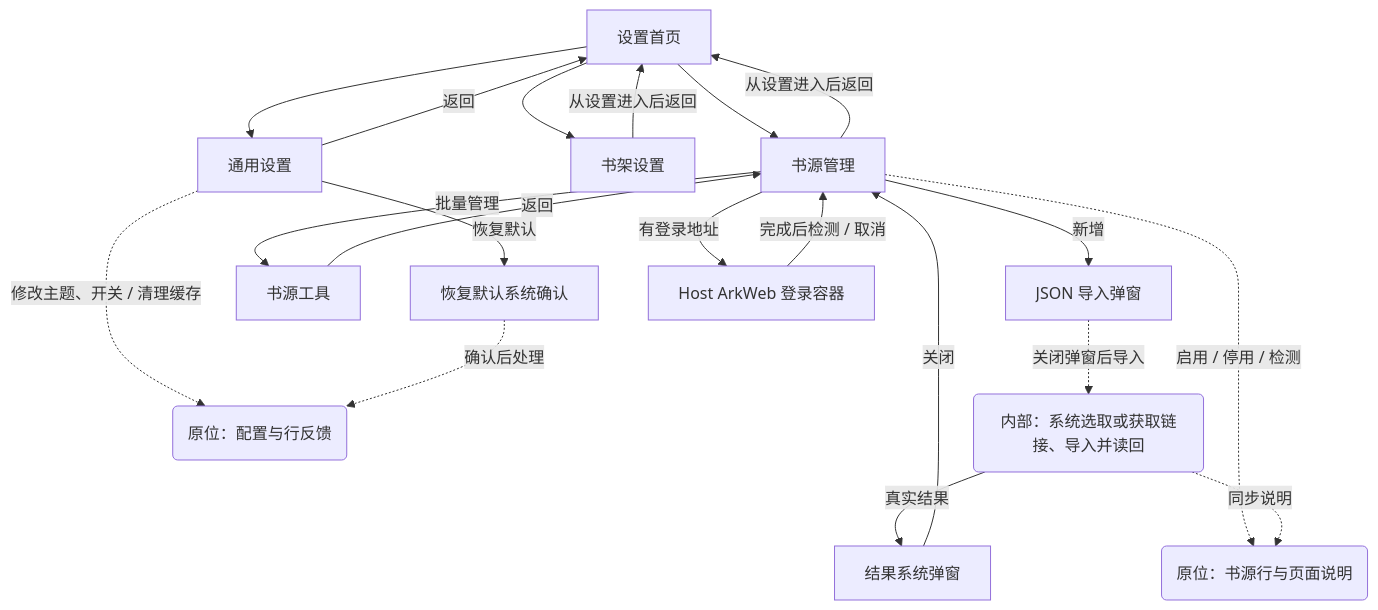
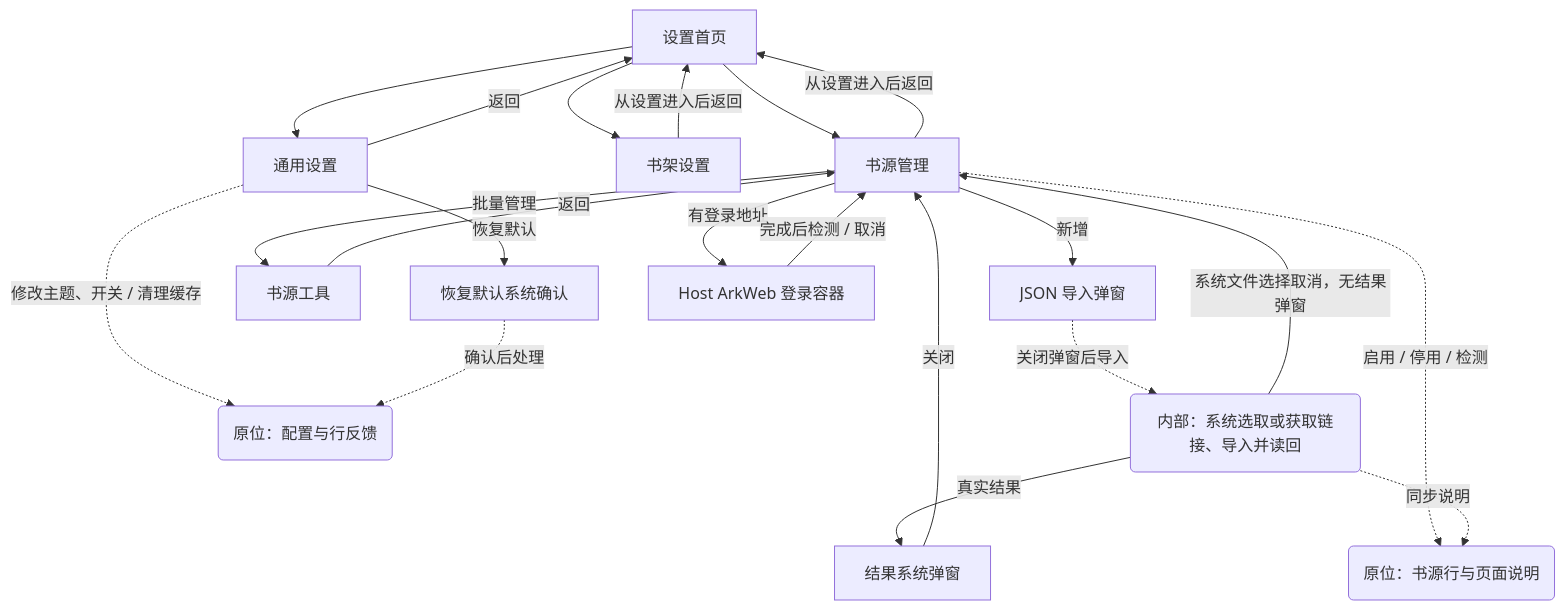
Before and after one commit to minliny/Reader-for-HarmonyOS: the sixth of 7 diagrams in docs/ui-design/app-baseline/LOGIC.md, drawn with Mermaid. The commit also changed other lines of this file and 3 other files, not shown here.

````diff
--- a/docs/ui-design/app-baseline/LOGIC.md
+++ b/docs/ui-design/app-baseline/LOGIC.md
@@ -194,22 +198,23 @@
 ```mermaid
 flowchart TD
   Settings["设置首页"] --> General["通用设置"]
   Settings --> ShelfConfig["书架设置"]
   Settings --> Sources["书源管理"]
   General -.->|"修改主题、开关 / 清理缓存"| Inline("原位：配置与行反馈")
   General -->|"恢复默认"| Reset["恢复默认系统确认"]
   Reset -.->|"确认后处理"| Inline
   General -->|"返回"| Settings
   ShelfConfig -->|"从设置进入后返回"| Settings
   Sources -->|"批量管理"| Tools["书源工具"]
   Sources -->|"新增"| Import["JSON 导入弹窗"]
   Sources -->|"有登录地址"| Login["Host ArkWeb 登录容器"]
   Sources -.->|"启用 / 停用 / 检测"| Rows("原位：书源行与页面说明")
   Login -->|"完成后检测 / 取消"| Sources
   Import -.->|"关闭弹窗后导入"| ImportWork("内部：系统选取或获取链接、导入并读回")
   ImportWork -->|"真实结果"| Result["结果系统弹窗"]
+  ImportWork -->|"系统文件选择取消，无结果弹窗"| Sources
   ImportWork -.->|"同步说明"| Rows
   Result -->|"关闭"| Sources
   Tools -->|"返回"| Sources
   Sources -->|"从设置进入后返回"| Settings
 ```
````
